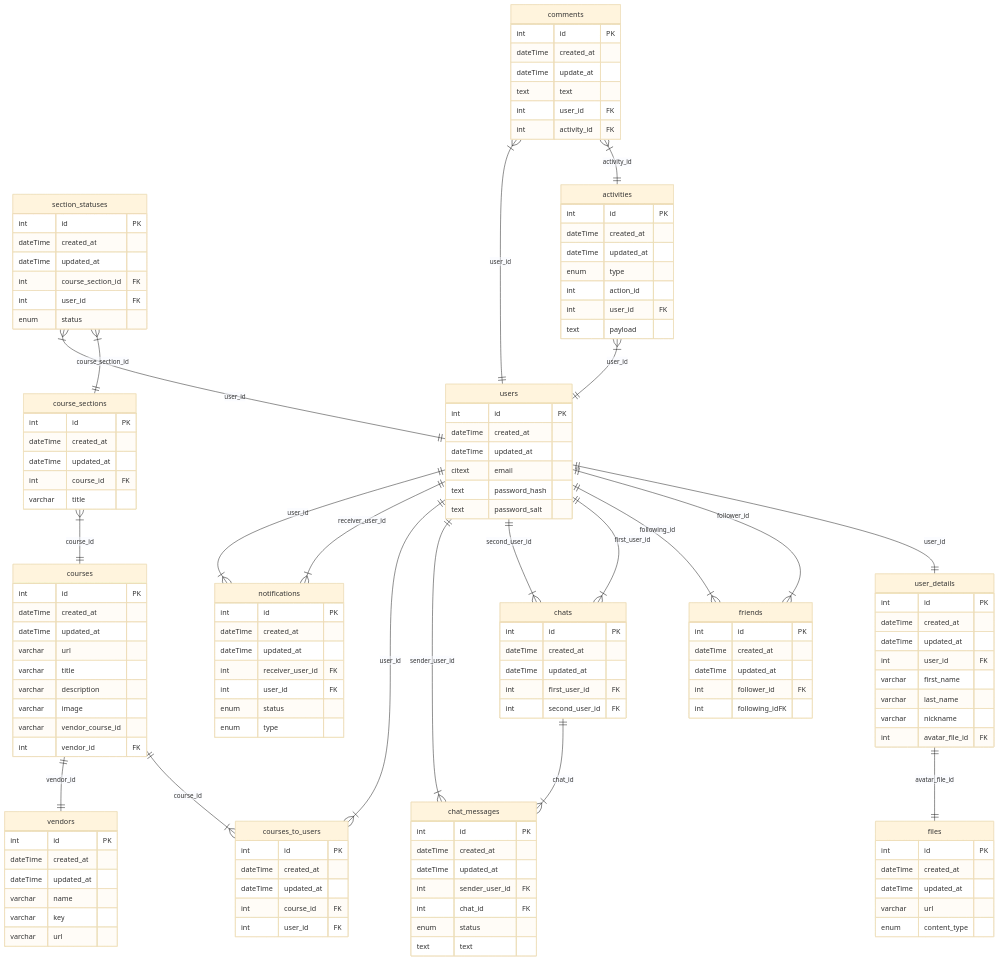
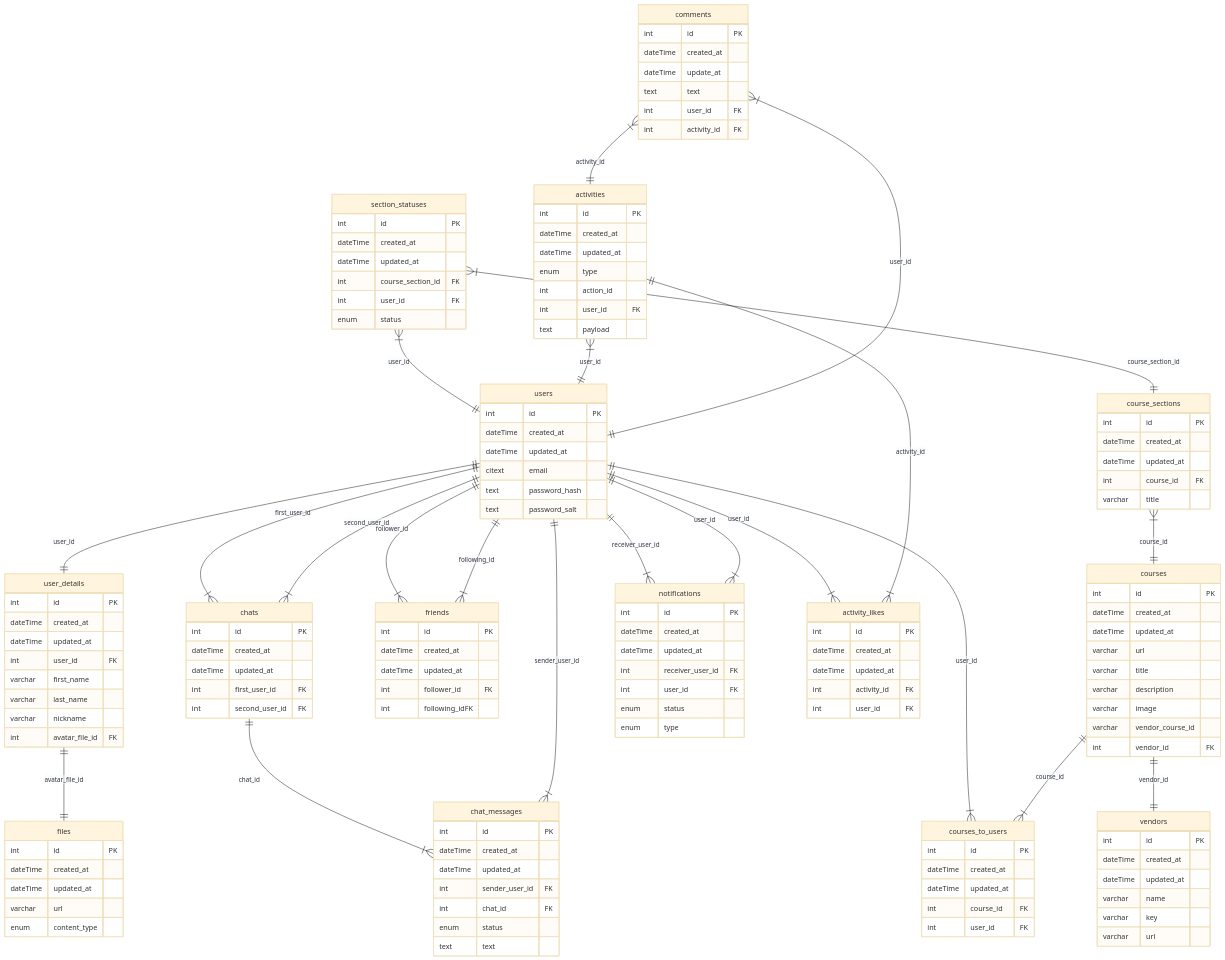
Before and after one commit to BinaryStudioAcademy/bsa-winter-2023-2024-trackmates: the diagram in readme.md, drawn with Mermaid (base theme). The commit also changed 36 other files, not shown here.

```diff
--- a/readme.md
+++ b/readme.md
@@ -135,7 +135,6 @@
     enum status
     enum type
    }
-
    activities {
     int id PK
     dateTime created_at
@@ -144,6 +143,14 @@
     int action_id
     int user_id FK
     text payload
+   }
+
+   activity_likes {
+    int id PK
+    dateTime created_at
+    dateTime updated_at
+    int activity_id FK
+    int user_id FK
    }
 
   comments {
@@ -178,6 +185,9 @@
    section_statuses }|--|| users : user_id
    activities }|--|| users : user_id
 
+   users ||--|{ activity_likes : user_id
+   activities ||--|{ activity_likes : activity_id
+
    comments }|--|| activities : activity_id
    comments }|--|| users : user_id
 
```
